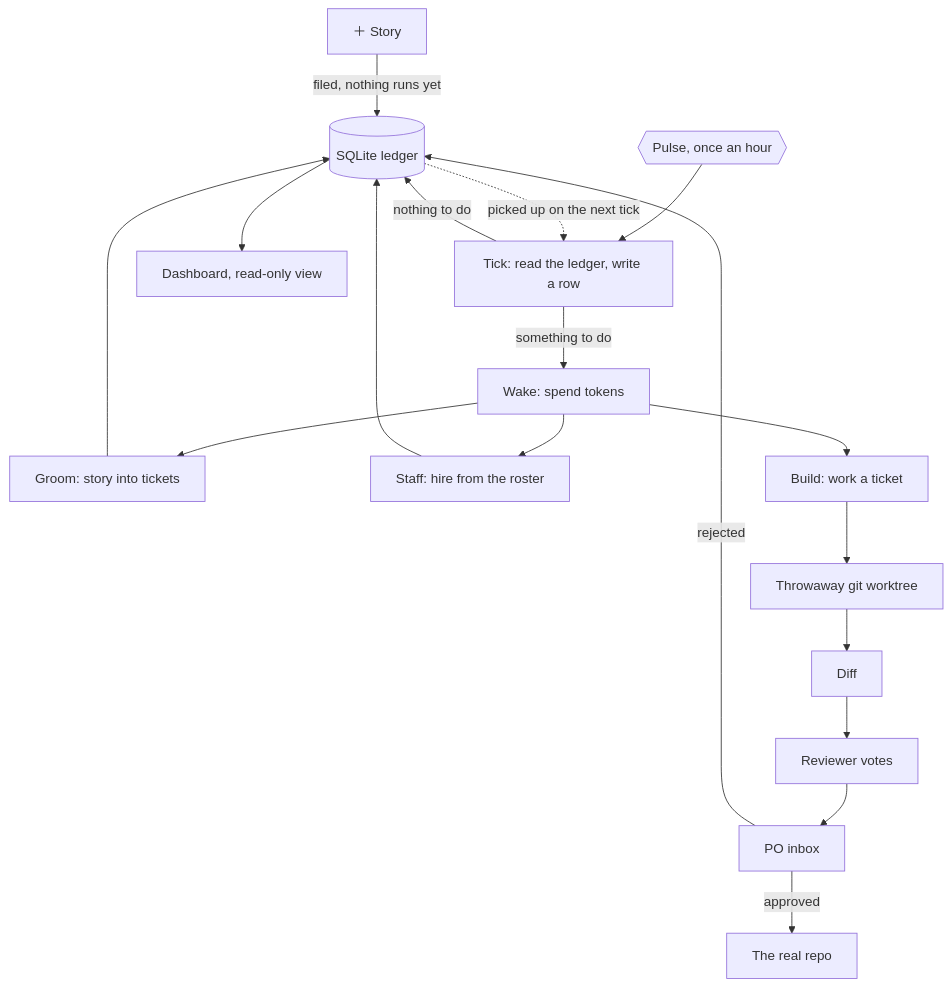
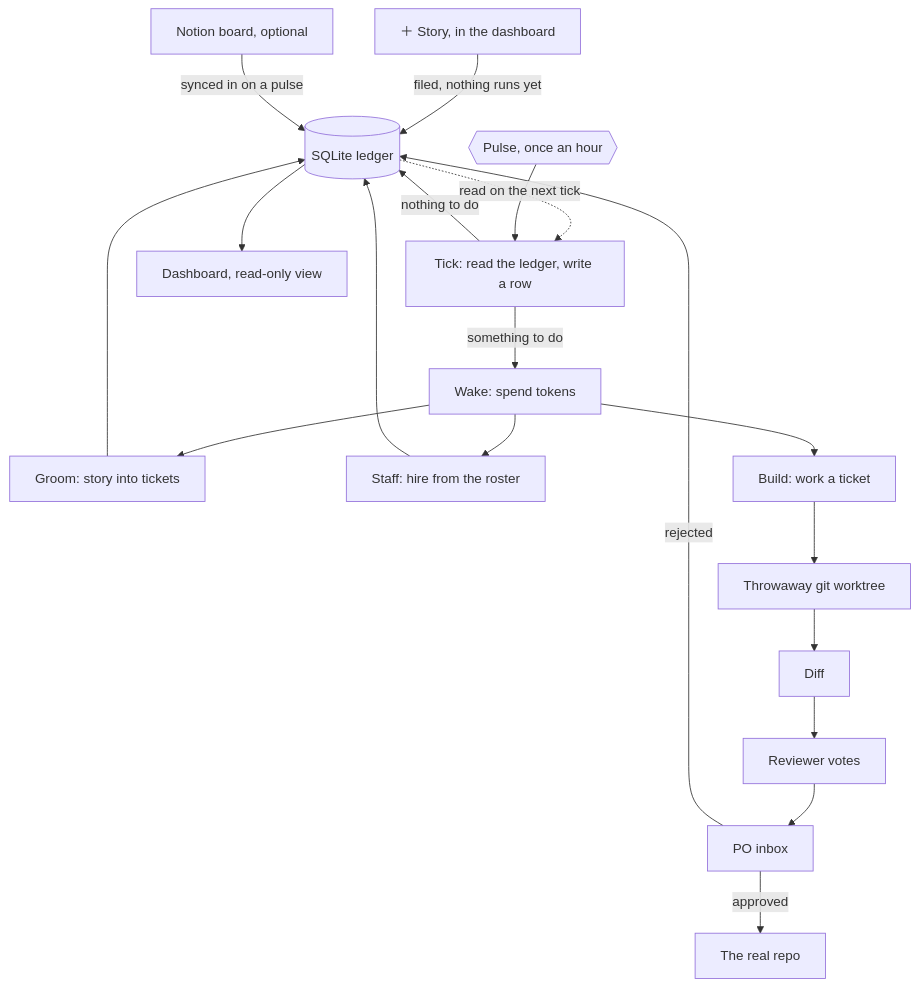
One commit to GoodTimesPM/colony-dash changed the diagram in README.md. Above: the diagram before and after it, drawn with Mermaid. The commit also changed other lines of this file and 8 other files, not shown here.

````diff
--- a/README.md
+++ b/README.md
@@ -37,24 +38,27 @@
 ```mermaid
 flowchart TD
-    F["＋ Story"] -->|"filed, nothing runs yet"| L[("SQLite ledger")]
-    P{{"Pulse, once an hour"}} --> T["Tick: read the ledger, write a row"]
-    L -.->|"picked up on the next tick"| T
+    F["＋ Story, in the dashboard"] -->|"filed, nothing runs yet"| L[("SQLite ledger")]
+    N["Notion board, optional"] -->|"synced in on a pulse"| L
+
+    L -.->|"read on the next tick"| T["Tick: read the ledger, write a row"]
+    P{{"Pulse, once an hour"}} --> T
+
     T -->|"nothing to do"| L
     T -->|"something to do"| W["Wake: spend tokens"]
 
     W --> G["Groom: story into tickets"]
     W --> S["Staff: hire from the roster"]
     W --> B["Build: work a ticket"]
 
     G --> L
     S --> L
 
     B --> WT["Throwaway git worktree"]
     WT --> D["Diff"]
     D --> R["Reviewer votes"]
     R --> I["PO inbox"]
     I -->|"approved"| REPO["The real repo"]
     I -->|"rejected"| L
 
     L --> DASH["Dashboard, read-only view"]
 ```
````
